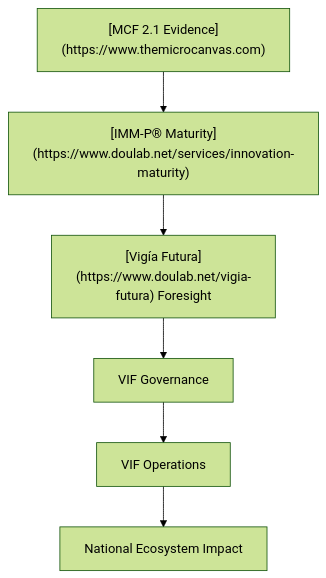
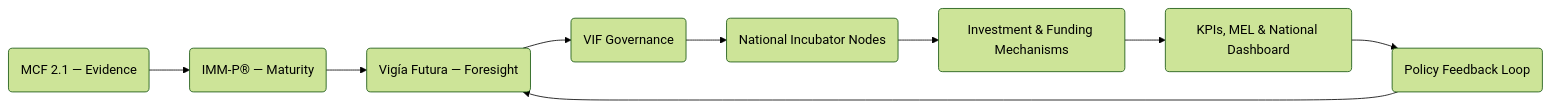
The first of 2 diagrams in vif/00-executive-summary.md (doulabglobal/vigia-incubanet-framework), drawn with Mermaid (forest theme) before and after one commit. The commit also changed other lines of this file and 24 other files, not shown here.

````diff
--- a/vif/00-executive-summary.md
+++ b/vif/00-executive-summary.md
@@ -104,8 +63,11 @@
 ```mermaid
-flowchart TD
-    A["[MCF 2.1 Evidence](https://www.themicrocanvas.com)"] --> B["[IMM-P® Maturity](https://www.doulab.net/services/innovation-maturity)"]
-    B --> C["[Vigía Futura](https://www.doulab.net/vigia-futura) Foresight"]
-    C --> D[VIF Governance]
-    D --> E[VIF Operations]
-    E --> F[National Ecosystem Impact]
+flowchart LR
+    A(MCF 2.1 — Evidence) --> B(IMM-P® — Maturity)
+    B --> C(Vigía Futura — Foresight)
+    C --> D(VIF Governance)
+    D --> E(National Incubator Nodes)
+    E --> F(Investment & Funding Mechanisms)
+    F --> G(KPIs, MEL & National Dashboard)
+    G --> H(Policy Feedback Loop)
+    H --> C
 ```
````
